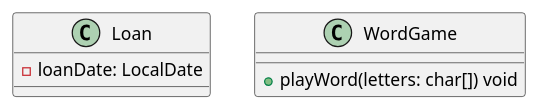
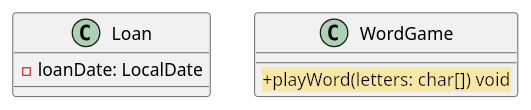
Before and after one commit to HAN-Craftsmanship-KL-JJG/oose-study: diagram 17 of 23 in app/check-design/_sections/common-mistakes-before-and-after.mdx, drawn with PlantUML. The commit also changed other lines of this file and 37 other files, not shown here.

````diff
--- a/app/check-design/_sections/common-mistakes-before-and-after.mdx
+++ b/app/check-design/_sections/common-mistakes-before-and-after.mdx
@@ -222,8 +222,8 @@
 ```plantuml
     class Loan {
         -loanDate: LocalDate
     }
     class WordGame {
-        +playWord(letters: char[]) void
+        <back:#F9E7A8>+playWord(letters: char[]) void</back>
     }
 ```
````
